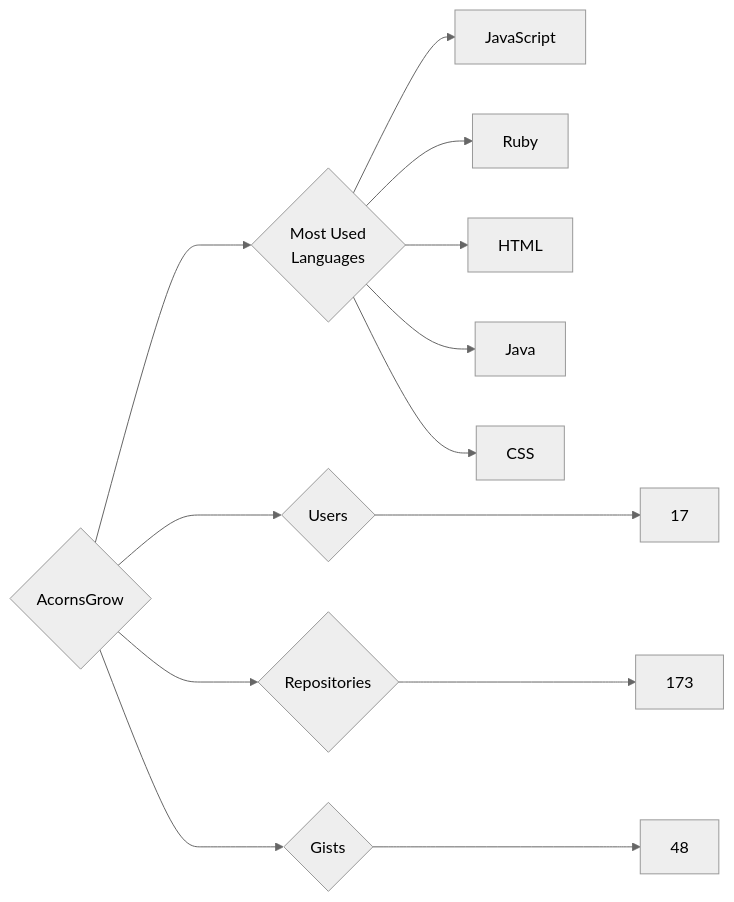
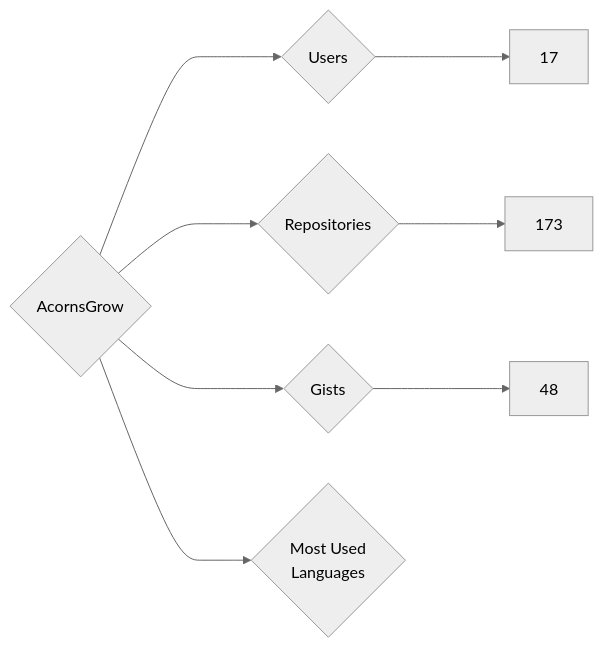
One commit to nenadzaric/insiders changed the diagram in targets/AcornsGrow/README.md. Above: the diagram before and after it, drawn with Mermaid (neutral theme). The commit also changed 14 other files, not shown here.

````diff
--- a/targets/AcornsGrow/README.md
+++ b/targets/AcornsGrow/README.md
@@ -3,13 +3,8 @@
 ```mermaid
 graph LR
 COMPANY_NAME{AcornsGrow}
 COMPANY_NAME ---> U{Users} ---> UN[17]
 COMPANY_NAME ---> R{Repositories} ---> RN[173]
 COMPANY_NAME ---> G{Gists} ---> GN[48]
 COMPANY_NAME ---> ML{Most Used<br>Languages}
-ML --> JavaScript[JavaScript]
-ML --> Ruby[Ruby]
-ML --> HTML[HTML]
-ML --> Java[Java]
-ML --> CSS[CSS]
 ```
````
